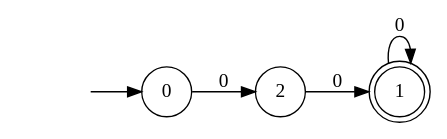
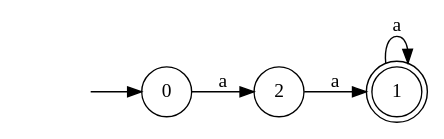
Before and after one commit to Faymiaouent/Automa4U: the diagram in dotfiles/DFA5.dot, drawn with Graphviz. The commit also changed 100 other files, not shown here.

```diff
--- a/dotfiles/DFA5.dot
+++ b/dotfiles/DFA5.dot
@@ -1,11 +1,11 @@
 digraph Automaton {
   rankdir = LR;
 node [shape=circle];
   initial [shape=plaintext,label=""];
   initial -> 0
-  0 -> 2 [label="0"];
+  0 -> 2 [label="a"];
 1 [shape=doublecircle]; 
-  1 -> 1 [label="0"];
+  1 -> 1 [label="a"];
 node [shape=circle];
-  2 -> 1 [label="0"];
+  2 -> 1 [label="a"];
 }
```
